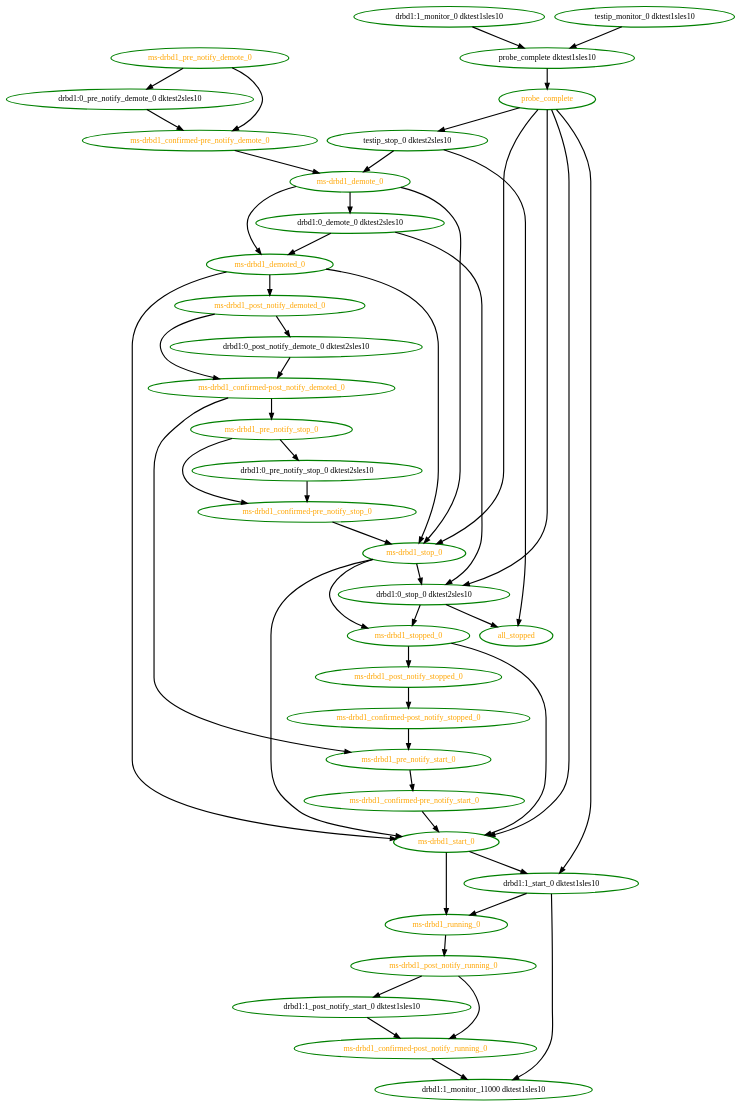
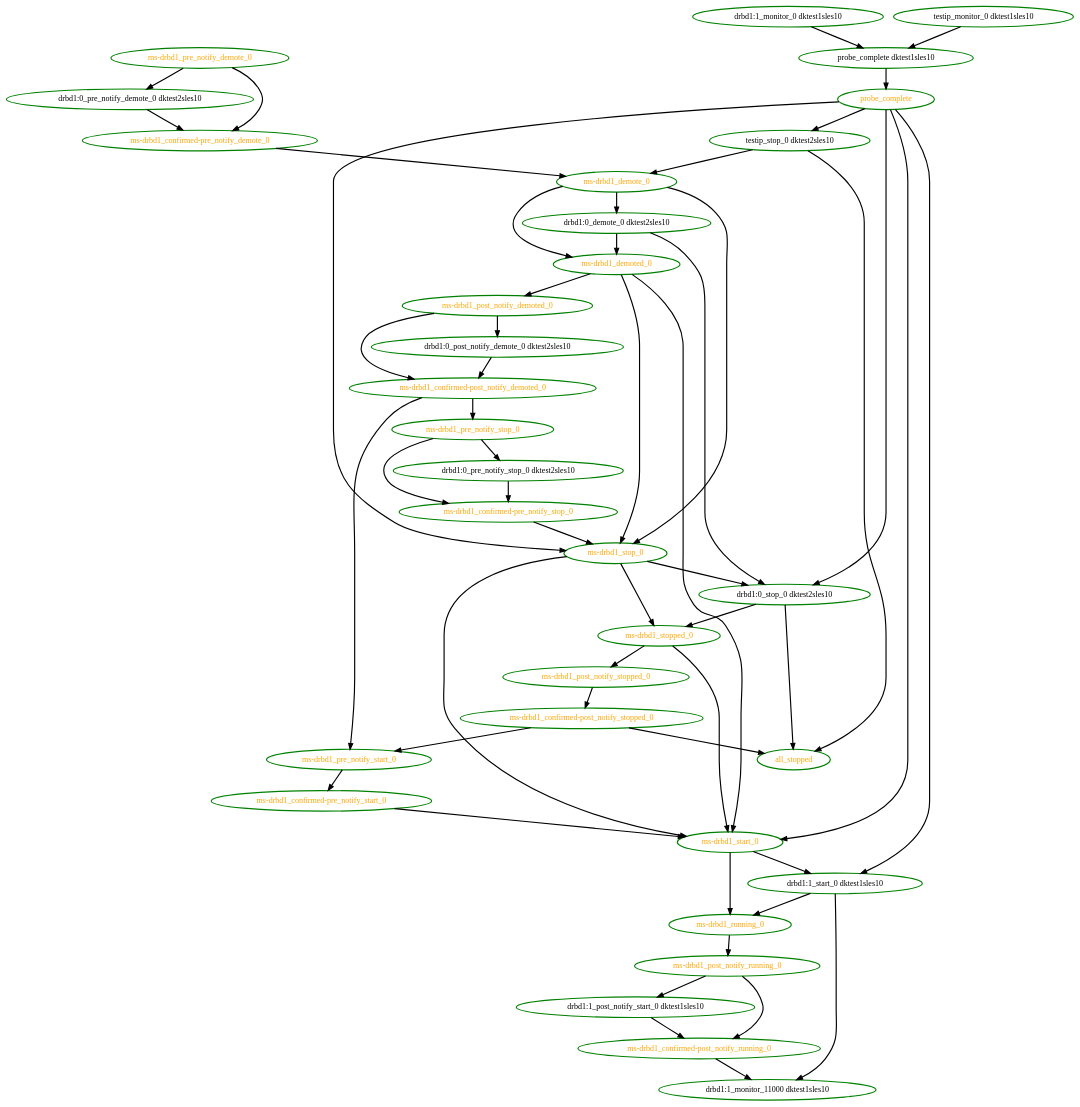
Before and after one commit to linux-ha-japan/pm_diskd: the diagram in pengine/test10/clone-no-shuffle.dot, drawn with Graphviz. The commit also changed 28 other files, not shown here.

Commit message:
Low: PE: Have post-notification of stops be an input to the all_stopped pseudo event

```diff
--- a/pengine/test10/clone-no-shuffle.dot
+++ b/pengine/test10/clone-no-shuffle.dot
@@ -1,85 +1,86 @@
 digraph "g" {
 "all_stopped" [ style=bold color="green" fontcolor="orange"  ]
 "drbd1:0_demote_0 dktest2sles10" -> "drbd1:0_stop_0 dktest2sles10" [ style = bold]
 "drbd1:0_demote_0 dktest2sles10" -> "ms-drbd1_demoted_0" [ style = bold]
 "drbd1:0_demote_0 dktest2sles10" [ style=bold color="green" fontcolor="black"  ]
 "drbd1:0_post_notify_demote_0 dktest2sles10" -> "ms-drbd1_confirmed-post_notify_demoted_0" [ style = bold]
 "drbd1:0_post_notify_demote_0 dktest2sles10" [ style=bold color="green" fontcolor="black"  ]
 "drbd1:0_pre_notify_demote_0 dktest2sles10" -> "ms-drbd1_confirmed-pre_notify_demote_0" [ style = bold]
 "drbd1:0_pre_notify_demote_0 dktest2sles10" [ style=bold color="green" fontcolor="black"  ]
 "drbd1:0_pre_notify_stop_0 dktest2sles10" -> "ms-drbd1_confirmed-pre_notify_stop_0" [ style = bold]
 "drbd1:0_pre_notify_stop_0 dktest2sles10" [ style=bold color="green" fontcolor="black"  ]
 "drbd1:0_stop_0 dktest2sles10" -> "all_stopped" [ style = bold]
 "drbd1:0_stop_0 dktest2sles10" -> "ms-drbd1_stopped_0" [ style = bold]
 "drbd1:0_stop_0 dktest2sles10" [ style=bold color="green" fontcolor="black"  ]
 "drbd1:1_monitor_0 dktest1sles10" -> "probe_complete dktest1sles10" [ style = bold]
 "drbd1:1_monitor_0 dktest1sles10" [ style=bold color="green" fontcolor="black"  ]
 "drbd1:1_monitor_11000 dktest1sles10" [ style=bold color="green" fontcolor="black"  ]
 "drbd1:1_post_notify_start_0 dktest1sles10" -> "ms-drbd1_confirmed-post_notify_running_0" [ style = bold]
 "drbd1:1_post_notify_start_0 dktest1sles10" [ style=bold color="green" fontcolor="black"  ]
 "drbd1:1_start_0 dktest1sles10" -> "drbd1:1_monitor_11000 dktest1sles10" [ style = bold]
 "drbd1:1_start_0 dktest1sles10" -> "ms-drbd1_running_0" [ style = bold]
 "drbd1:1_start_0 dktest1sles10" [ style=bold color="green" fontcolor="black"  ]
 "ms-drbd1_confirmed-post_notify_demoted_0" -> "ms-drbd1_pre_notify_start_0" [ style = bold]
 "ms-drbd1_confirmed-post_notify_demoted_0" -> "ms-drbd1_pre_notify_stop_0" [ style = bold]
 "ms-drbd1_confirmed-post_notify_demoted_0" [ style=bold color="green" fontcolor="orange"  ]
 "ms-drbd1_confirmed-post_notify_running_0" -> "drbd1:1_monitor_11000 dktest1sles10" [ style = bold]
 "ms-drbd1_confirmed-post_notify_running_0" [ style=bold color="green" fontcolor="orange"  ]
+"ms-drbd1_confirmed-post_notify_stopped_0" -> "all_stopped" [ style = bold]
 "ms-drbd1_confirmed-post_notify_stopped_0" -> "ms-drbd1_pre_notify_start_0" [ style = bold]
 "ms-drbd1_confirmed-post_notify_stopped_0" [ style=bold color="green" fontcolor="orange"  ]
 "ms-drbd1_confirmed-pre_notify_demote_0" -> "ms-drbd1_demote_0" [ style = bold]
 "ms-drbd1_confirmed-pre_notify_demote_0" [ style=bold color="green" fontcolor="orange"  ]
 "ms-drbd1_confirmed-pre_notify_start_0" -> "ms-drbd1_start_0" [ style = bold]
 "ms-drbd1_confirmed-pre_notify_start_0" [ style=bold color="green" fontcolor="orange"  ]
 "ms-drbd1_confirmed-pre_notify_stop_0" -> "ms-drbd1_stop_0" [ style = bold]
 "ms-drbd1_confirmed-pre_notify_stop_0" [ style=bold color="green" fontcolor="orange"  ]
 "ms-drbd1_demote_0" -> "drbd1:0_demote_0 dktest2sles10" [ style = bold]
 "ms-drbd1_demote_0" -> "ms-drbd1_demoted_0" [ style = bold]
 "ms-drbd1_demote_0" -> "ms-drbd1_stop_0" [ style = bold]
 "ms-drbd1_demote_0" [ style=bold color="green" fontcolor="orange"  ]
 "ms-drbd1_demoted_0" -> "ms-drbd1_post_notify_demoted_0" [ style = bold]
 "ms-drbd1_demoted_0" -> "ms-drbd1_start_0" [ style = bold]
 "ms-drbd1_demoted_0" -> "ms-drbd1_stop_0" [ style = bold]
 "ms-drbd1_demoted_0" [ style=bold color="green" fontcolor="orange"  ]
 "ms-drbd1_post_notify_demoted_0" -> "drbd1:0_post_notify_demote_0 dktest2sles10" [ style = bold]
 "ms-drbd1_post_notify_demoted_0" -> "ms-drbd1_confirmed-post_notify_demoted_0" [ style = bold]
 "ms-drbd1_post_notify_demoted_0" [ style=bold color="green" fontcolor="orange"  ]
 "ms-drbd1_post_notify_running_0" -> "drbd1:1_post_notify_start_0 dktest1sles10" [ style = bold]
 "ms-drbd1_post_notify_running_0" -> "ms-drbd1_confirmed-post_notify_running_0" [ style = bold]
 "ms-drbd1_post_notify_running_0" [ style=bold color="green" fontcolor="orange"  ]
 "ms-drbd1_post_notify_stopped_0" -> "ms-drbd1_confirmed-post_notify_stopped_0" [ style = bold]
 "ms-drbd1_post_notify_stopped_0" [ style=bold color="green" fontcolor="orange"  ]
 "ms-drbd1_pre_notify_demote_0" -> "drbd1:0_pre_notify_demote_0 dktest2sles10" [ style = bold]
 "ms-drbd1_pre_notify_demote_0" -> "ms-drbd1_confirmed-pre_notify_demote_0" [ style = bold]
 "ms-drbd1_pre_notify_demote_0" [ style=bold color="green" fontcolor="orange"  ]
 "ms-drbd1_pre_notify_start_0" -> "ms-drbd1_confirmed-pre_notify_start_0" [ style = bold]
 "ms-drbd1_pre_notify_start_0" [ style=bold color="green" fontcolor="orange"  ]
 "ms-drbd1_pre_notify_stop_0" -> "drbd1:0_pre_notify_stop_0 dktest2sles10" [ style = bold]
 "ms-drbd1_pre_notify_stop_0" -> "ms-drbd1_confirmed-pre_notify_stop_0" [ style = bold]
 "ms-drbd1_pre_notify_stop_0" [ style=bold color="green" fontcolor="orange"  ]
 "ms-drbd1_running_0" -> "ms-drbd1_post_notify_running_0" [ style = bold]
 "ms-drbd1_running_0" [ style=bold color="green" fontcolor="orange"  ]
 "ms-drbd1_start_0" -> "drbd1:1_start_0 dktest1sles10" [ style = bold]
 "ms-drbd1_start_0" -> "ms-drbd1_running_0" [ style = bold]
 "ms-drbd1_start_0" [ style=bold color="green" fontcolor="orange"  ]
 "ms-drbd1_stop_0" -> "drbd1:0_stop_0 dktest2sles10" [ style = bold]
 "ms-drbd1_stop_0" -> "ms-drbd1_start_0" [ style = bold]
 "ms-drbd1_stop_0" -> "ms-drbd1_stopped_0" [ style = bold]
 "ms-drbd1_stop_0" [ style=bold color="green" fontcolor="orange"  ]
 "ms-drbd1_stopped_0" -> "ms-drbd1_post_notify_stopped_0" [ style = bold]
 "ms-drbd1_stopped_0" -> "ms-drbd1_start_0" [ style = bold]
 "ms-drbd1_stopped_0" [ style=bold color="green" fontcolor="orange"  ]
 "probe_complete dktest1sles10" -> "probe_complete" [ style = bold]
 "probe_complete dktest1sles10" [ style=bold color="green" fontcolor="black"  ]
 "probe_complete" -> "drbd1:0_stop_0 dktest2sles10" [ style = bold]
 "probe_complete" -> "drbd1:1_start_0 dktest1sles10" [ style = bold]
 "probe_complete" -> "ms-drbd1_start_0" [ style = bold]
 "probe_complete" -> "ms-drbd1_stop_0" [ style = bold]
 "probe_complete" -> "testip_stop_0 dktest2sles10" [ style = bold]
 "probe_complete" [ style=bold color="green" fontcolor="orange"  ]
 "testip_monitor_0 dktest1sles10" -> "probe_complete dktest1sles10" [ style = bold]
 "testip_monitor_0 dktest1sles10" [ style=bold color="green" fontcolor="black"  ]
 "testip_stop_0 dktest2sles10" -> "all_stopped" [ style = bold]
 "testip_stop_0 dktest2sles10" -> "ms-drbd1_demote_0" [ style = bold]
 "testip_stop_0 dktest2sles10" [ style=bold color="green" fontcolor="black"  ]
 }
```
